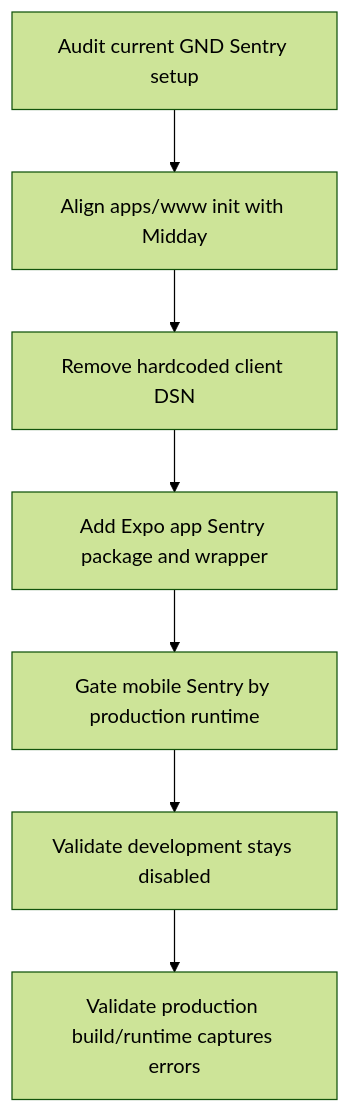
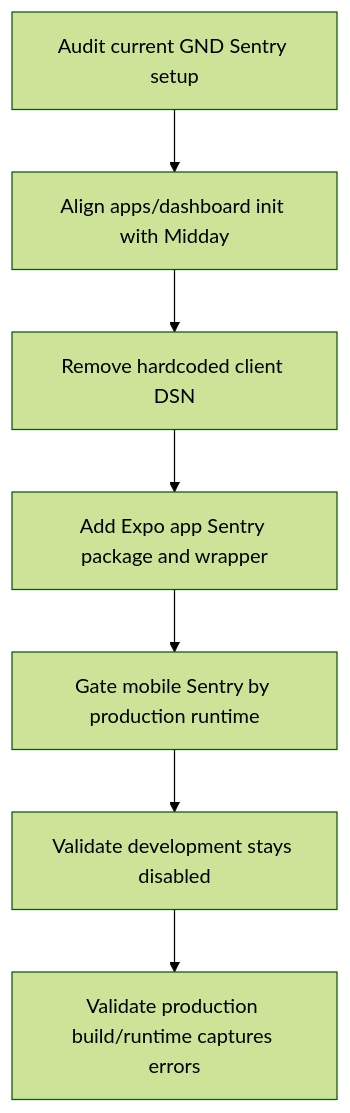
The diagram in .brain/plans/2026-07-02-bug-fix-production-only-sentry-for-web-and-mobile-app.md (ishaqyusuf/mdd-ssfy), drawn with Mermaid (forest theme) before and after one commit. The commit also changed other lines of this file and 3111 other files, not shown here.

````diff
--- a/.brain/plans/2026-07-02-bug-fix-production-only-sentry-for-web-and-mobile-app.md
+++ b/.brain/plans/2026-07-02-bug-fix-production-only-sentry-for-web-and-mobile-app.md
@@ -30,9 +30,9 @@
 ```mermaid
 flowchart TD
-  A["Audit current GND Sentry setup"] --> B["Align apps/www init with Midday"]
+  A["Audit current GND Sentry setup"] --> B["Align apps/dashboard init with Midday"]
   B --> C["Remove hardcoded client DSN"]
   C --> D["Add Expo app Sentry package and wrapper"]
   D --> E["Gate mobile Sentry by production runtime"]
   E --> F["Validate development stays disabled"]
   F --> G["Validate production build/runtime captures errors"]
 ```
````
